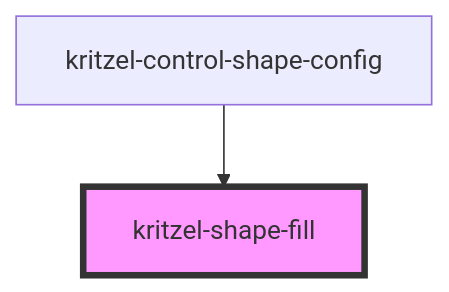
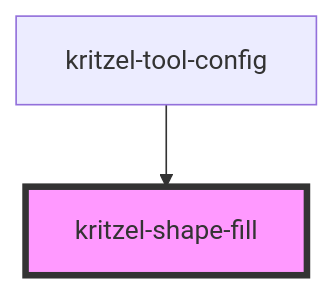
The diagram in libs/kritzel-stencil/src/components/shared/kritzel-shape-fill/readme.md (kasual1/kritzel), drawn with Mermaid before and after one commit. The commit also changed other lines of this file and 20 other files, not shown here.

````diff
--- a/libs/kritzel-stencil/src/components/shared/kritzel-shape-fill/readme.md
+++ b/libs/kritzel-stencil/src/components/shared/kritzel-shape-fill/readme.md
@@ -26,5 +29,5 @@
 ```mermaid
 graph TD;
-  kritzel-control-shape-config --> kritzel-shape-fill
+  kritzel-tool-config --> kritzel-shape-fill
   style kritzel-shape-fill fill:#f9f,stroke:#333,stroke-width:4px
 ```
````
